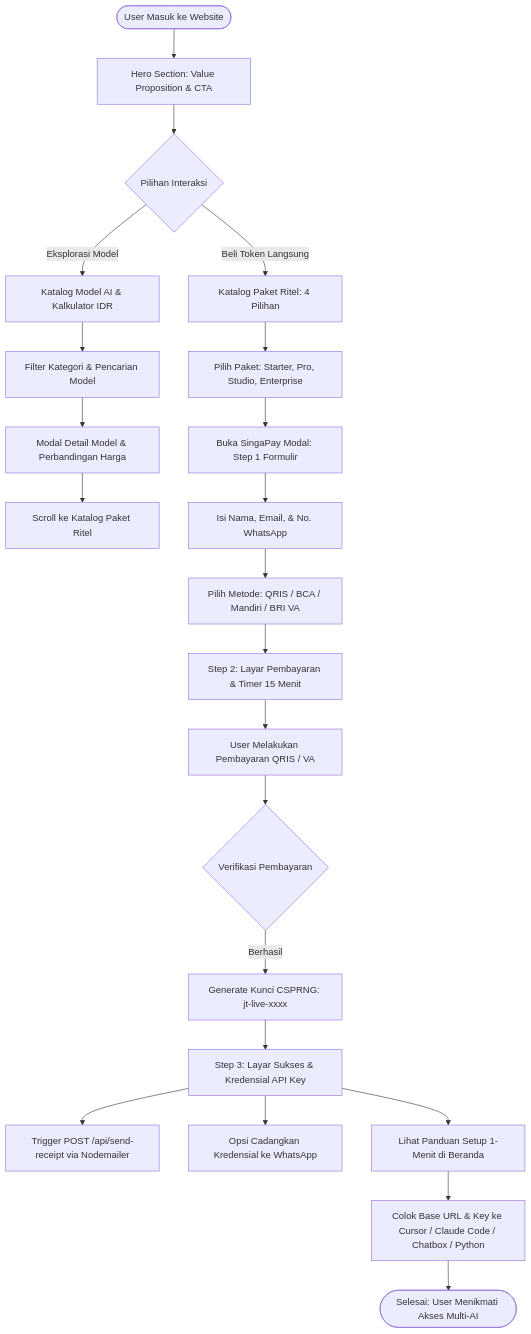
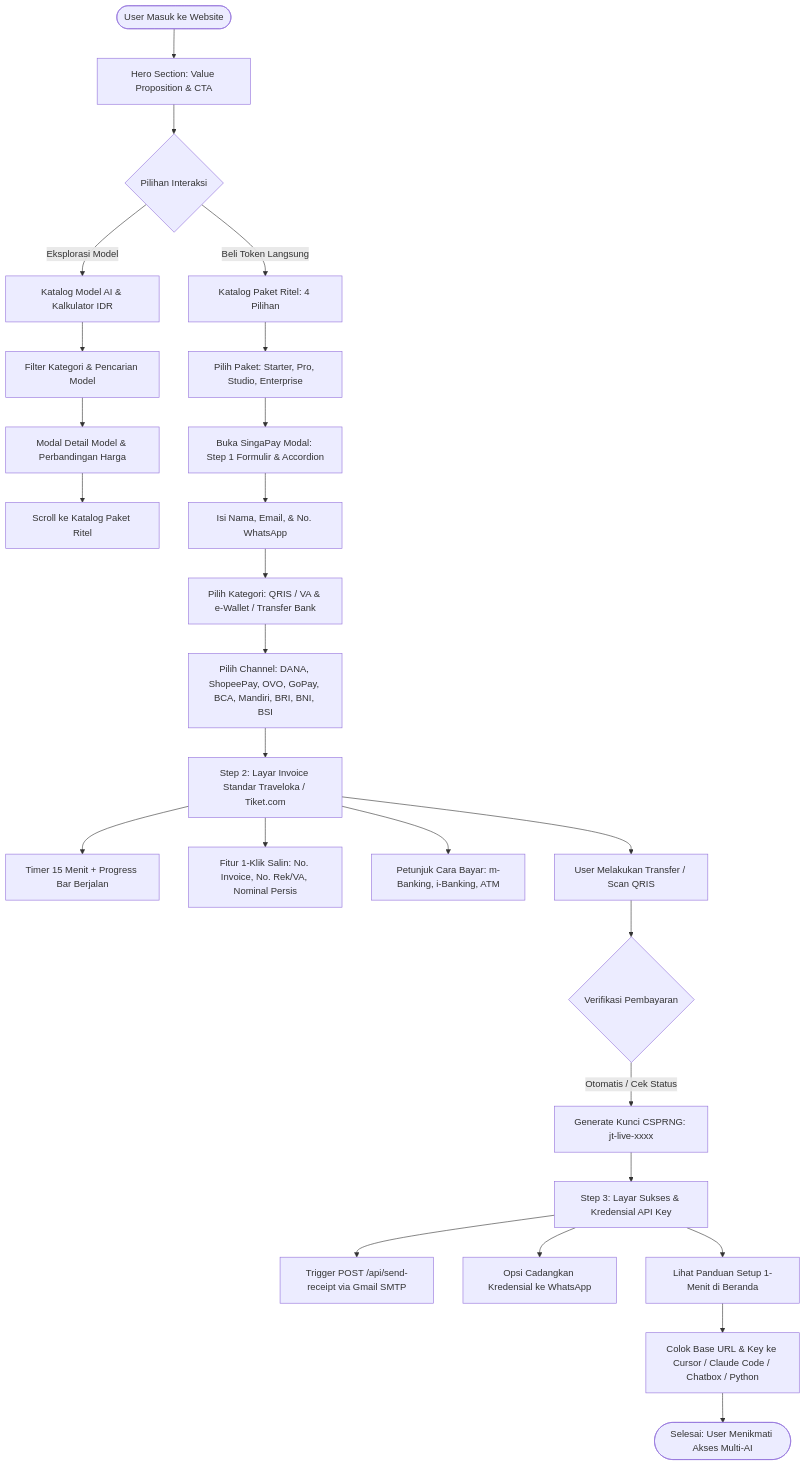
Before and after one commit to Whyzenn07/juragan-token-web: the first of 4 diagrams in docs/PRD_JURAGAN_TOKEN.md, drawn with Mermaid. The commit also changed other lines of this file and 5 other files, not shown here.

Commit message:
feat: upgrade checkout with multi-channel accordion, Traveloka/Tiket.com style invoice with 1-click copy, and elevate catalog header

````diff
--- a/docs/PRD_JURAGAN_TOKEN.md
+++ b/docs/PRD_JURAGAN_TOKEN.md
@@ -35,31 +35,35 @@
 ```mermaid
 flowchart TD
     Start([User Masuk ke Website]) --> Hero[Hero Section: Value Proposition & CTA]
     Hero --> Choice{Pilihan Interaksi}
     
     Choice -->|Eksplorasi Model| Catalog[Katalog Model AI & Kalkulator IDR]
     Catalog --> Filter[Filter Kategori & Pencarian Model]
     Filter --> DetailModel[Modal Detail Model & Perbandingan Harga]
     DetailModel --> RetailAnchor[Scroll ke Katalog Paket Ritel]
     
     Choice -->|Beli Token Langsung| Retail[Katalog Paket Ritel: 4 Pilihan]
     Retail --> SelectPkg[Pilih Paket: Starter, Pro, Studio, Enterprise]
     
-    SelectPkg --> OpenCheckout[Buka SingaPay Modal: Step 1 Formulir]
+    SelectPkg --> OpenCheckout[Buka SingaPay Modal: Step 1 Formulir & Accordion]
     OpenCheckout --> InputData[Isi Nama, Email, & No. WhatsApp]
-    InputData --> SelectPayment[Pilih Metode: QRIS / BCA / Mandiri / BRI VA]
+    InputData --> SelectAccordion[Pilih Kategori: QRIS / VA & e-Wallet / Transfer Bank]
+    SelectAccordion --> SelectChannel[Pilih Channel: DANA, ShopeePay, OVO, GoPay, BCA, Mandiri, BRI, BNI, BSI]
     
-    SelectPayment --> StepPay[Step 2: Layar Pembayaran & Timer 15 Menit]
-    StepPay --> UserPay[User Melakukan Pembayaran QRIS / VA]
+    SelectChannel --> StepInvoice[Step 2: Layar Invoice Standar Traveloka / Tiket.com]
+    StepInvoice --> CountdownTimer[Timer 15 Menit + Progress Bar Berjalan]
+    StepInvoice --> CopyDetails[Fitur 1-Klik Salin: No. Invoice, No. Rek/VA, Nominal Persis]
+    StepInvoice --> GuideTabs[Petunjuk Cara Bayar: m-Banking, i-Banking, ATM]
     
+    StepInvoice --> UserPay[User Melakukan Transfer / Scan QRIS]
     UserPay --> VerifyPay{Verifikasi Pembayaran}
-    VerifyPay -->|Berhasil| GenerateKey[Generate Kunci CSPRNG: jt-live-xxxx]
+    VerifyPay -->|Otomatis / Cek Status| GenerateKey[Generate Kunci CSPRNG: jt-live-xxxx]
     
     GenerateKey --> StepSuccess[Step 3: Layar Sukses & Kredensial API Key]
-    StepSuccess --> SendEmailTrigger[Trigger POST /api/send-receipt via Nodemailer]
+    StepSuccess --> SendEmailTrigger[Trigger POST /api/send-receipt via Gmail SMTP]
     StepSuccess --> BackupWA[Opsi Cadangkan Kredensial ke WhatsApp]
     
     StepSuccess --> SetupGuide[Lihat Panduan Setup 1-Menit di Beranda]
     SetupGuide --> ColokTools[Colok Base URL & Key ke Cursor / Claude Code / Chatbox / Python]
     ColokTools --> Done([Selesai: User Menikmati Akses Multi-AI])
 ```
````
